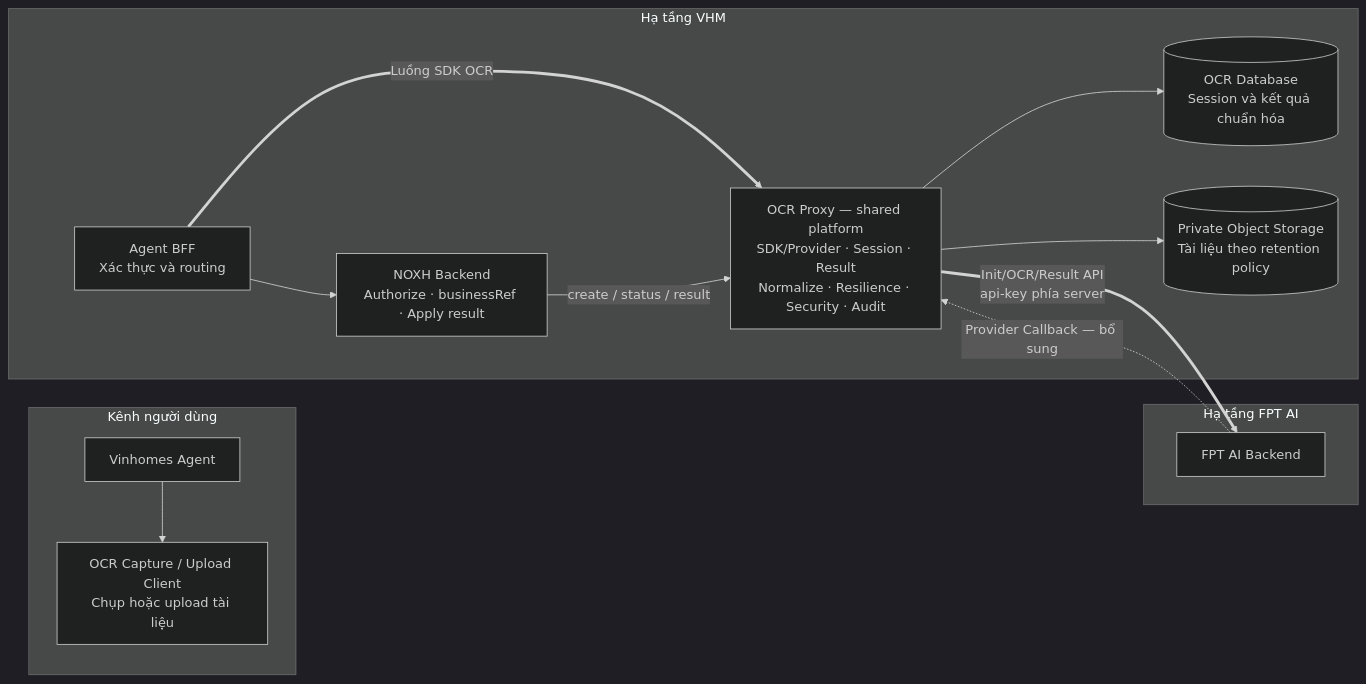
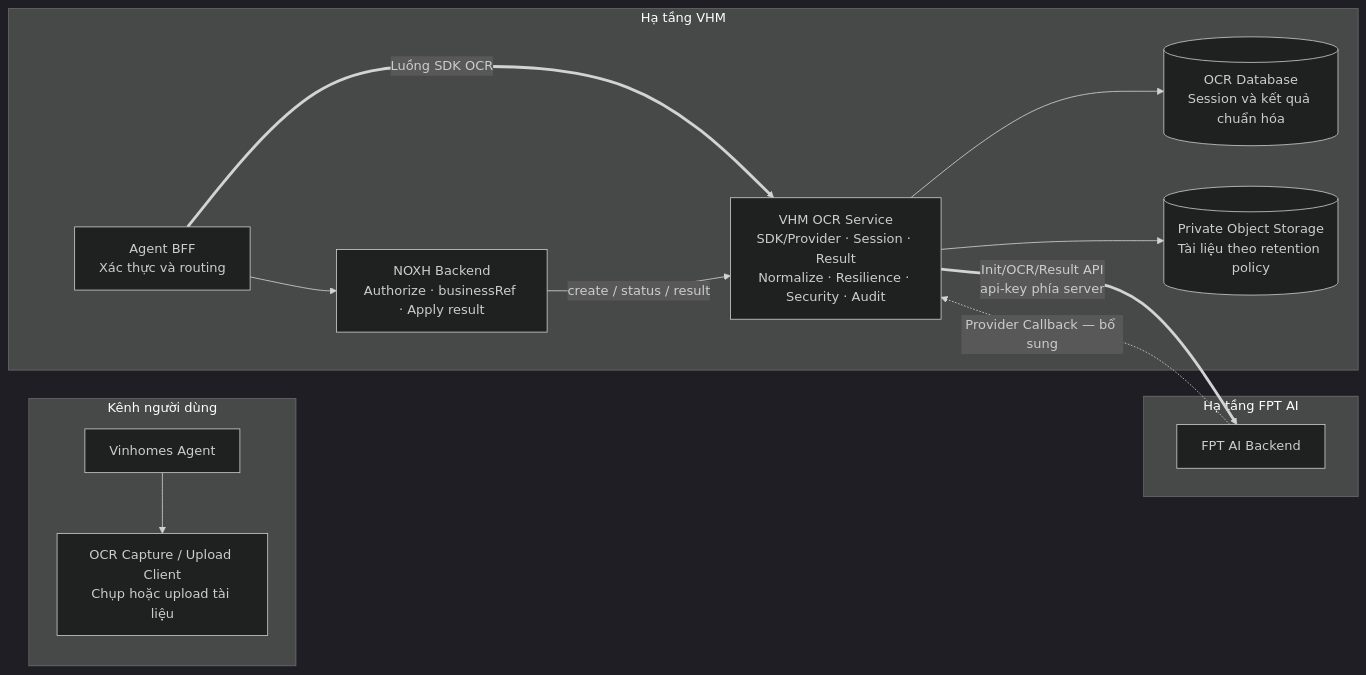
One commit to huynv-xyz/vhm changed the first of 9 diagrams in noxh.md. Above: the diagram before and after it, drawn with Mermaid (dark theme). The commit also changed other lines of this file, not shown here.

````diff
--- a/noxh.md
+++ b/noxh.md
@@ -139,30 +139,30 @@
 ```mermaid
 flowchart LR
     subgraph CLIENT["Kênh người dùng"]
         AGENT["Vinhomes Agent"]
         SDK["OCR Capture / Upload Client<br/>Chụp hoặc upload tài liệu"]
         AGENT --> SDK
     end
 
     subgraph VHM["Hạ tầng VHM"]
         BFF["Agent BFF<br/>Xác thực và routing"]
         NOXH["NOXH Backend<br/>Authorize · businessRef · Apply result"]
-        PROXY["OCR Proxy — shared platform<br/>SDK/Provider · Session · Result<br/>Normalize · Resilience · Security · Audit"]
+        PROXY["VHM OCR Service<br/>SDK/Provider · Session · Result<br/>Normalize · Resilience · Security · Audit"]
         DB[("OCR Database<br/>Session và kết quả chuẩn hóa")]
         MEDIA[("Private Object Storage<br/>Tài liệu theo retention policy")]
 
         BFF --> NOXH
         BFF ==>|"Luồng SDK OCR"| PROXY
         NOXH -->|"create / status / result"| PROXY
         PROXY --> DB
         PROXY --> MEDIA
     end
 
     subgraph FPT["Hạ tầng FPT AI"]
         PROVIDER["FPT AI Backend"]
     end
 
     PROXY ==>|"Init/OCR/Result API<br/>api-key phía server"| PROVIDER
     PROVIDER -.->|"Provider Callback — bổ sung"| PROXY
 
 ```
````
